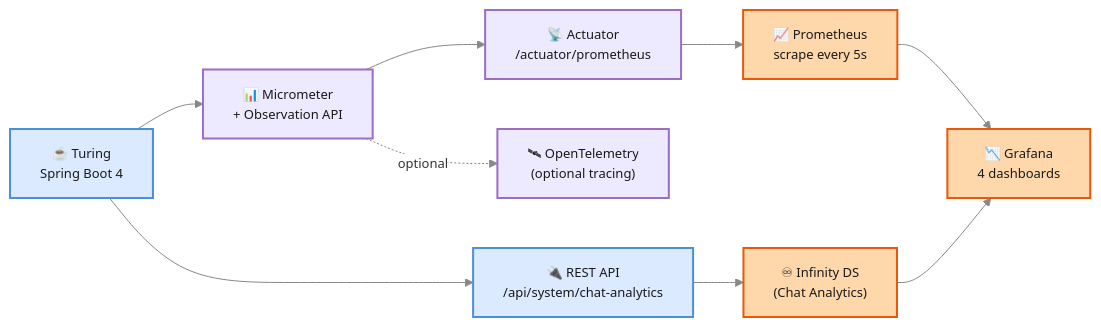
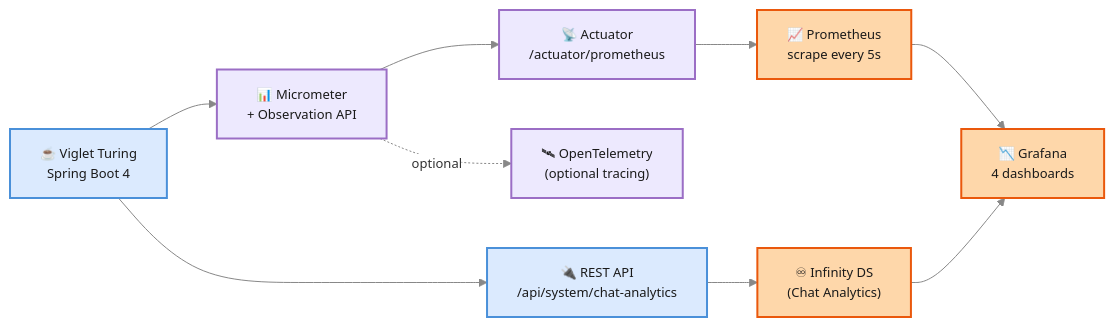
One commit to openviglet/turing changed the diagram in frontend/apps/docs/src/content/docs/observability.md. Above: the diagram before and after it, drawn with Mermaid. The commit also changed other lines of this file and 69 other files, not shown here.

````diff
--- a/frontend/apps/docs/src/content/docs/observability.md
+++ b/frontend/apps/docs/src/content/docs/observability.md
@@ -21,26 +21,26 @@
 ```mermaid
 %%{init: {'theme': 'base', 'themeVariables': {'fontSize': '13px', 'primaryColor': '#fff', 'primaryBorderColor': '#c0c0c0', 'lineColor': '#888', 'textColor': '#333'}}}%%
 graph LR
-    APP["☕ Turing<br/>Spring Boot 4"]
+    APP["☕ Viglet Turing<br/>Spring Boot 4"]
     ACT["📡 Actuator<br/>/actuator/prometheus"]
     MICR["📊 Micrometer<br/>+ Observation API"]
     PROM["📈 Prometheus<br/>scrape every 5s"]
     GRAF["📉 Grafana<br/>4 dashboards"]
     OTLP["🛰 OpenTelemetry<br/>(optional tracing)"]
     INF["♾ Infinity DS<br/>(Chat Analytics)"]
     API["🔌 REST API<br/>/api/system/chat-analytics"]
 
     APP --> MICR
     MICR --> ACT
     MICR -.optional.-> OTLP
     ACT --> PROM --> GRAF
     APP --> API --> INF --> GRAF
 
     classDef orange fill:#fed7aa,stroke:#EA580C,stroke-width:2px,color:#1a1a1a
     classDef blue fill:#dbeafe,stroke:#4A90D9,stroke-width:2px,color:#1a1a1a
     classDef purple fill:#ede9fe,stroke:#9B6EC5,stroke-width:2px,color:#1a1a1a
 
     class APP,API blue
     class MICR,ACT,OTLP purple
     class PROM,GRAF,INF orange
 ```
````
